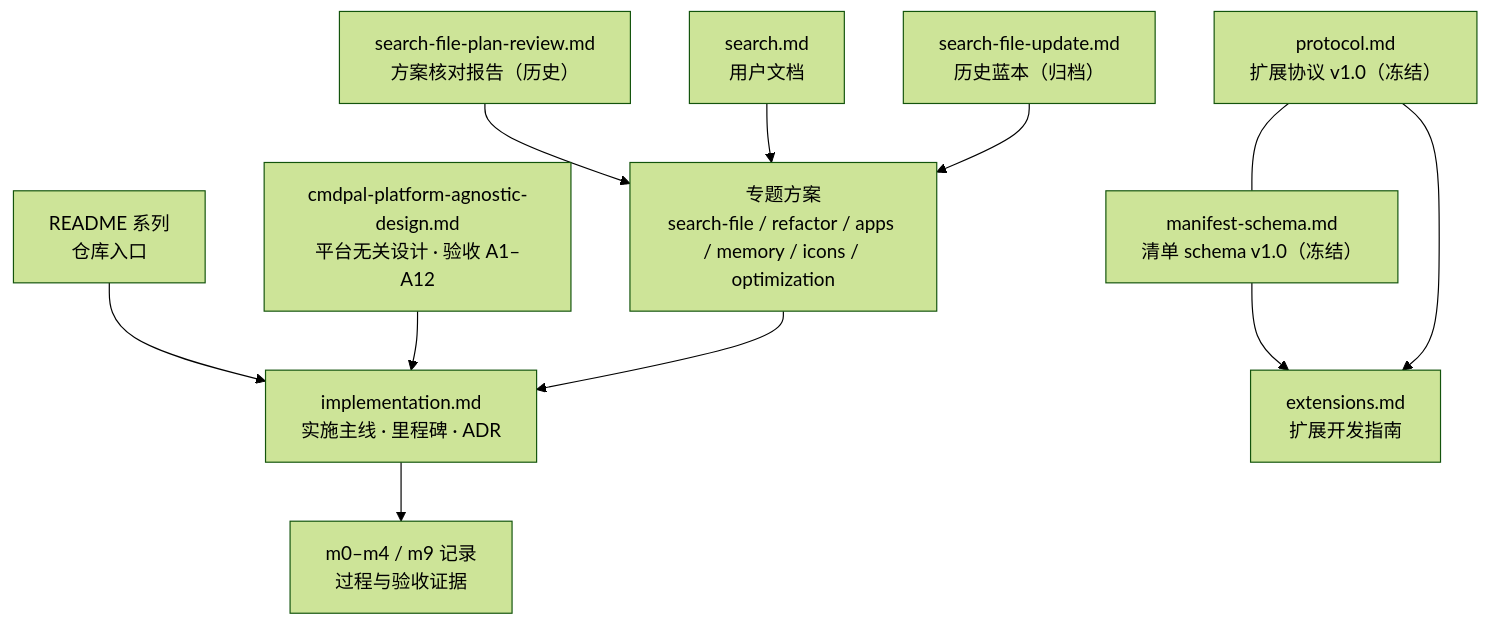
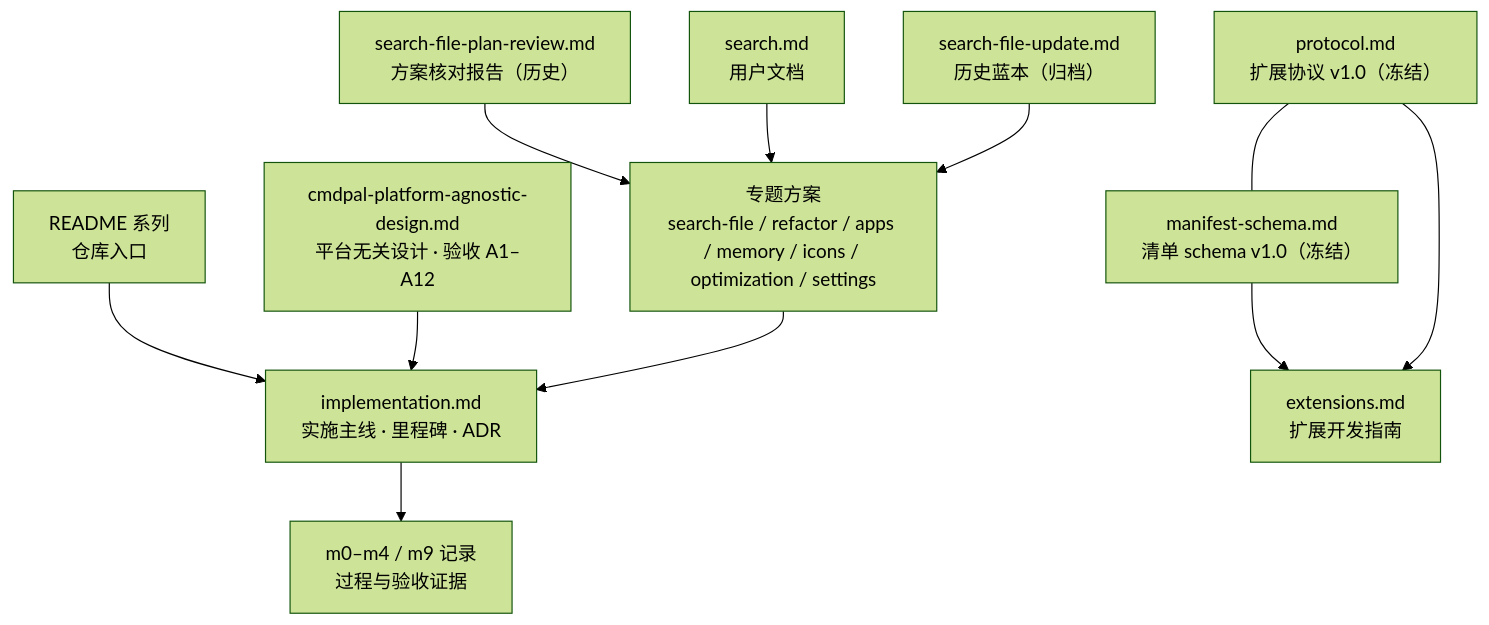
Before and after one commit to Yang-SH/dd-run: the diagram in docs/INDEX.md, drawn with Mermaid (forest theme). The commit also changed other lines of this file and 12 other files, not shown here.

````diff
--- a/docs/INDEX.md
+++ b/docs/INDEX.md
@@ -23,16 +23,16 @@
 ```mermaid
 flowchart TD
     README["README 系列<br/>仓库入口"] --> IMPL
     IMPL["implementation.md<br/>实施主线 · 里程碑 · ADR"]
     DESIGN["cmdpal-platform-agnostic-design.md<br/>平台无关设计 · 验收 A1–A12"] --> IMPL
     IMPL --> REC["m0–m4 / m9 记录<br/>过程与验收证据"]
 
     PROTO["protocol.md<br/>扩展协议 v1.0（冻结）"] --- MANIFEST["manifest-schema.md<br/>清单 schema v1.0（冻结）"]
     MANIFEST --> EXT["extensions.md<br/>扩展开发指南"]
     PROTO --> EXT
 
-    PLAN["专题方案<br/>search-file / refactor / apps / memory / icons / optimization"] --> IMPL
+    PLAN["专题方案<br/>search-file / refactor / apps / memory / icons / optimization / settings"] --> IMPL
     REVIEW["search-file-plan-review.md<br/>方案核对报告（历史）"] --> PLAN
     USERDOC["search.md<br/>用户文档"] --> PLAN
     ARCHIVE["search-file-update.md<br/>历史蓝本（归档）"] --> PLAN
 ```
````
